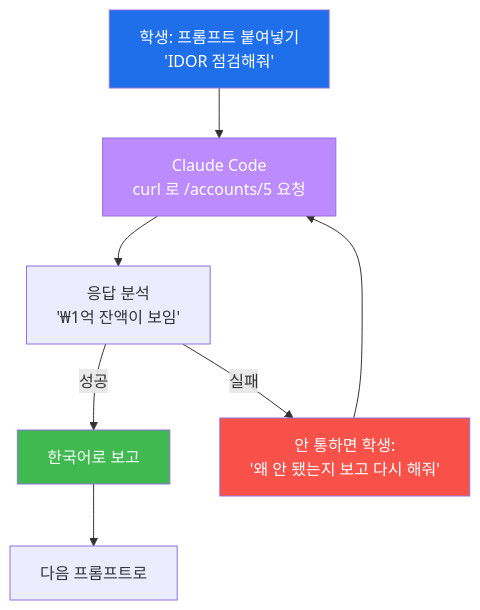
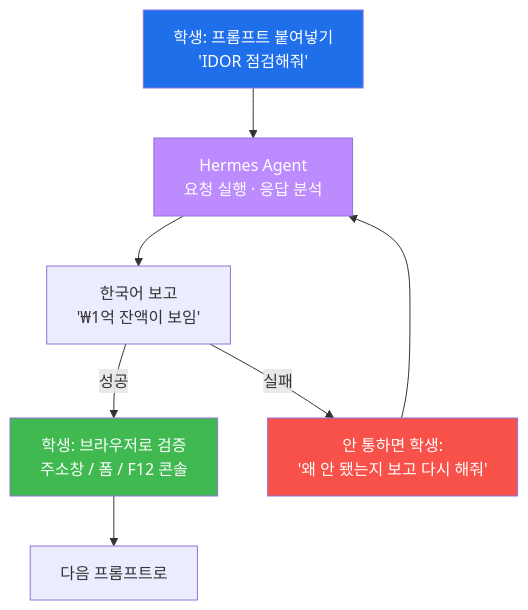
Before and after one commit to mrgrit/easy_web_hacking_class: the fifth of 6 diagrams in contents/training/lecture_week04.md, drawn with Mermaid. The commit also changed other lines of this file and 68 other files, not shown here.

````diff
--- a/contents/training/lecture_week04.md
+++ b/contents/training/lecture_week04.md
@@ -371,16 +432,16 @@
 ```mermaid
 graph TD
     S["학생: 프롬프트 붙여넣기<br/>'IDOR 점검해줘'"]
-    CC["Claude Code<br/>curl 로 /accounts/5 요청"]
-    R["응답 분석<br/>'₩1억 잔액이 보임'"]
-    OK["한국어로 보고"]
+    CC["Hermes Agent<br/>요청 실행 · 응답 분석"]
+    R["한국어 보고<br/>'₩1억 잔액이 보임'"]
+    V["학생: 브라우저로 검증<br/>주소창 / 폼 / F12 콘솔"]
     NEXT["다음 프롬프트로"]
     FAIL["안 통하면 학생:<br/>'왜 안 됐는지 보고 다시 해줘'"]
     S --> CC --> R
-    R -->|성공| OK --> NEXT
+    R -->|성공| V --> NEXT
     R -->|실패| FAIL --> CC
     style S fill:#1f6feb,color:#fff
     style CC fill:#bc8cff,color:#fff
-    style OK fill:#3fb950,color:#fff
+    style V fill:#3fb950,color:#fff
     style FAIL fill:#f85149,color:#fff
 ```
````
